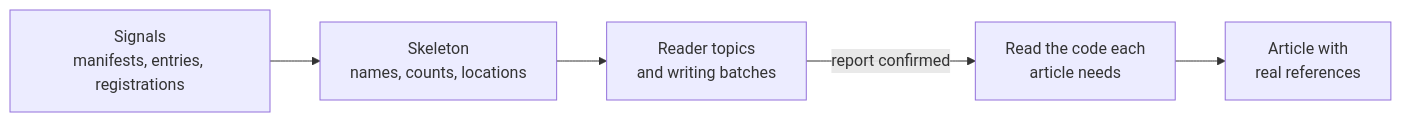
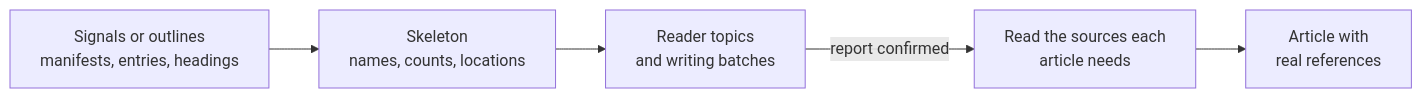
Before and after one commit to context4ai/portal: the diagram in knowledge/sop/custom-indexers/code-indexers.md, drawn with Mermaid. The commit also changed other lines of this file and 129 other files, not shown here.

````diff
--- a/knowledge/sop/custom-indexers/code-indexers.md
+++ b/knowledge/sop/custom-indexers/code-indexers.md
@@ -14,7 +16,7 @@
 ```mermaid
 flowchart LR
-  sig["Signals<br/>manifests, entries, registrations"] --> skel["Skeleton<br/>names, counts, locations"]
+  sig["Signals or outlines<br/>manifests, entries, headings"] --> skel["Skeleton<br/>names, counts, locations"]
   skel --> topics["Reader topics<br/>and writing batches"]
-  topics -->|"report confirmed"| read["Read the code each<br/>article needs"]
+  topics -->|"report confirmed"| read["Read the sources each<br/>article needs"]
   read --> art["Article with<br/>real references"]
 ```
````
